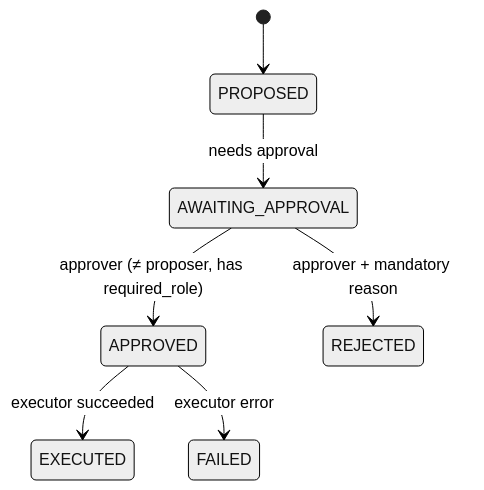
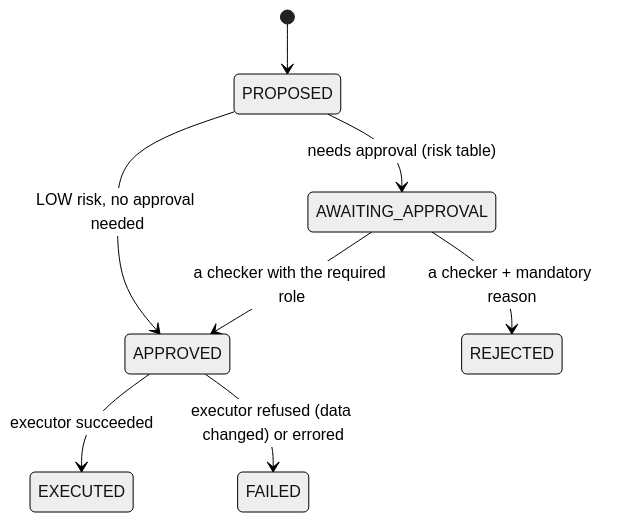
Before and after one commit to Prabhat8726/Intelligent-Rag-System: the second of 2 diagrams in docs/architecture/08-agent-architecture.md, drawn with Mermaid (neutral theme). The commit also changed other lines of this file and 16 other files, not shown here.

````diff
--- a/docs/architecture/08-agent-architecture.md
+++ b/docs/architecture/08-agent-architecture.md
@@ -191,9 +211,10 @@
 ```mermaid
 stateDiagram-v2
   [*] --> PROPOSED
-  PROPOSED --> AWAITING_APPROVAL: needs approval
-  AWAITING_APPROVAL --> APPROVED: approver (≠ proposer, has required_role)
-  AWAITING_APPROVAL --> REJECTED: approver + mandatory reason
+  PROPOSED --> AWAITING_APPROVAL: needs approval (risk table)
+  PROPOSED --> APPROVED: LOW risk, no approval needed
+  AWAITING_APPROVAL --> APPROVED: a checker with the required role
+  AWAITING_APPROVAL --> REJECTED: a checker + mandatory reason
   APPROVED --> EXECUTED: executor succeeded
-  APPROVED --> FAILED: executor error
+  APPROVED --> FAILED: executor refused (data changed) or errored
 ```
````
